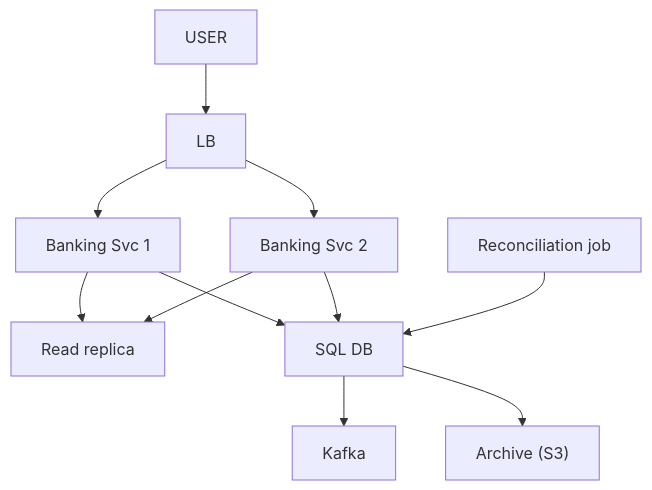
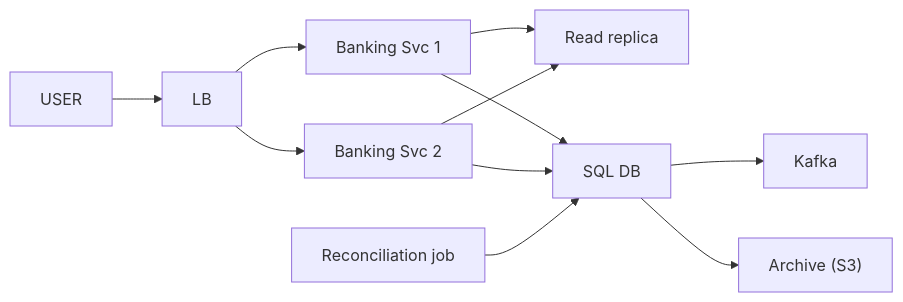
Before and after one commit to ArpanMaheshwari144/Prep: diagram 13 of 13 in 04_HLD/SYSTEM_DESIGNS/13_banking_system/13_banking_system.md, drawn with Mermaid. The commit also changed other lines of this file and 2 other files, not shown here.

Commit message:
docs, kafka, banking: one-day story, short cards, follow-ups with rules, highlighted diagrams

````diff
--- a/04_HLD/SYSTEM_DESIGNS/13_banking_system/13_banking_system.md
+++ b/04_HLD/SYSTEM_DESIGNS/13_banking_system/13_banking_system.md
@@ -554,22 +461,22 @@
 ```mermaid
-flowchart TD
+flowchart LR
     n_USER["USER"]
     n_LB["LB"]
-    n_Banking_Svc_x_N_1["Banking Svc 1"]
-    n_Banking_Svc_x_N_2["Banking Svc 2"]
-    n_Read_replica["Read replica"]
-    n_SQL_DB["SQL DB"]
-    n_Kafka["Kafka"]
-    n_Archive_S3["Archive (S3)"]
-    n_Reconciliation_job["Reconciliation job"]
+    n_S1["Banking Svc 1"]
+    n_S2["Banking Svc 2"]
+    n_RR["Read replica"]
+    n_DB["SQL DB"]
+    n_K["Kafka"]
+    n_S3["Archive (S3)"]
+    n_REC["Reconciliation job"]
     n_USER --> n_LB
-    n_LB --> n_Banking_Svc_x_N_1
-    n_LB --> n_Banking_Svc_x_N_2
-    n_Banking_Svc_x_N_1 --> n_Read_replica
-    n_Banking_Svc_x_N_2 --> n_Read_replica
-    n_Banking_Svc_x_N_1 --> n_SQL_DB
-    n_Banking_Svc_x_N_2 --> n_SQL_DB
-    n_SQL_DB --> n_Kafka
-    n_Reconciliation_job --> n_SQL_DB
-    n_SQL_DB --> n_Archive_S3
+    n_LB --> n_S1
+    n_LB --> n_S2
+    n_S1 --> n_RR
+    n_S2 --> n_RR
+    n_S1 --> n_DB
+    n_S2 --> n_DB
+    n_DB --> n_K
+    n_REC --> n_DB
+    n_DB --> n_S3
 ```
````
